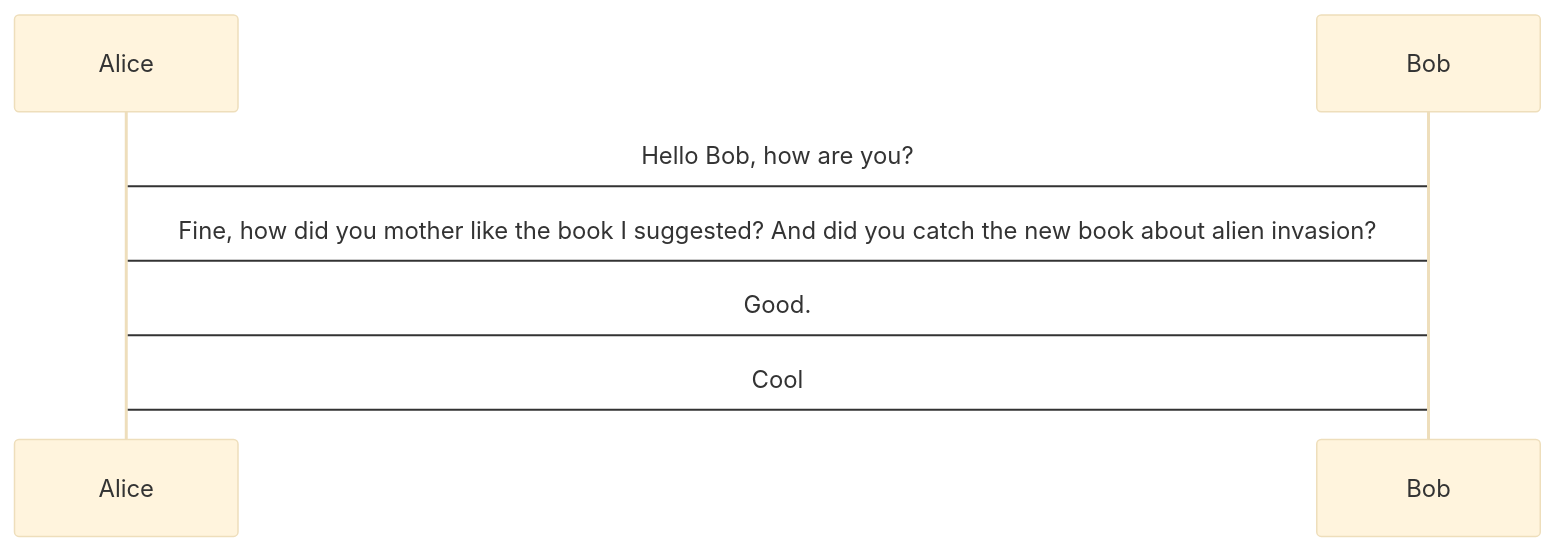
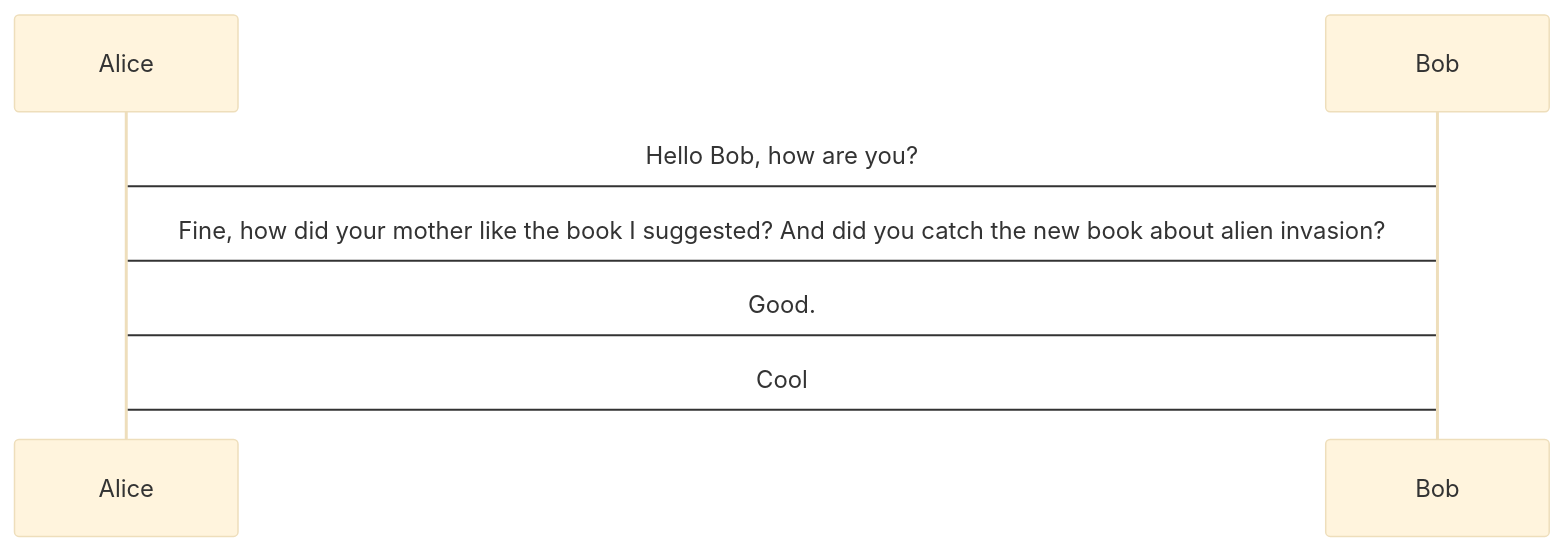
Before and after one commit to mermaid-js/mermaid: the seventh of 8 diagrams in docs/config/directives.md, drawn with Mermaid (base theme). The commit also changed other lines of this file and 10 other files, not shown here.

````diff
--- a/docs/config/directives.md
+++ b/docs/config/directives.md
@@ -299,8 +299,8 @@
 ```mermaid
 sequenceDiagram
 
 Alice->Bob: Hello Bob, how are you?
-Bob->Alice: Fine, how did you mother like the book I suggested? And did you catch the new book about alien invasion?
+Bob->Alice: Fine, how did your mother like the book I suggested? And did you catch the new book about alien invasion?
 Alice->Bob: Good.
 Bob->Alice: Cool
 ```
````
